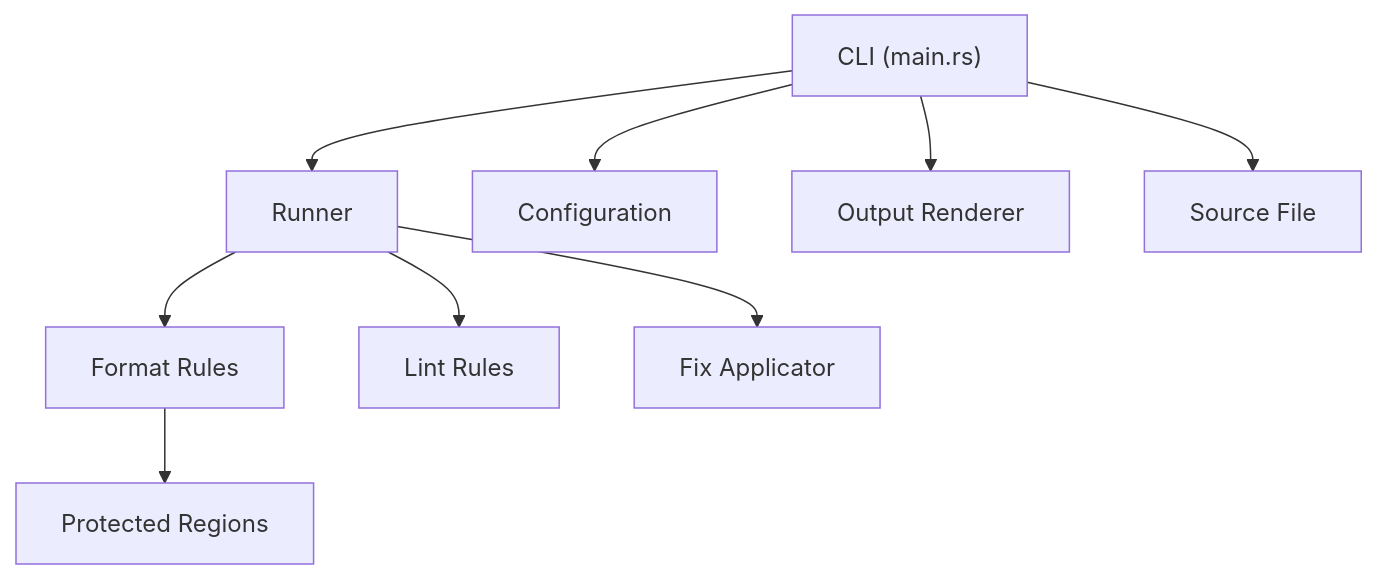
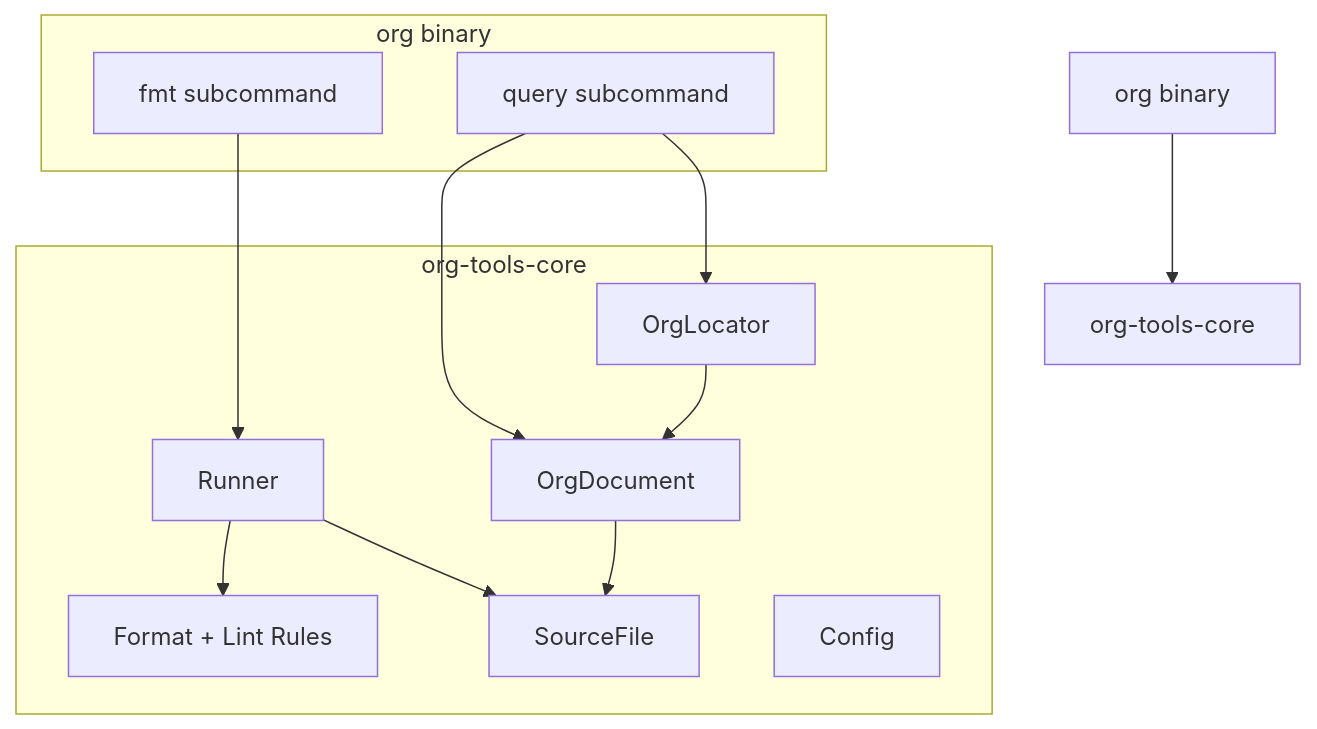
The second of 4 diagrams in docs/technical/architecture.org (lino/org-tools), drawn with Mermaid before and after one commit. The commit also changed other lines of this file and 1 other file, not shown here.

First line of the commit message:
docs: update architecture for workspace structure and new modules

```diff
--- a/docs/technical/architecture.org
+++ b/docs/technical/architecture.org
@@ -114,11 +125,23 @@
 #+begin_src mermaid :file building-blocks-l1.png
 graph TD
-    CLI["CLI (main.rs)"] --> Runner
-    Runner --> FormatRules["Format Rules"]
-    Runner --> LintRules["Lint Rules"]
-    Runner --> Formatter["Fix Applicator"]
-    FormatRules --> Regions["Protected Regions"]
-    CLI --> Config["Configuration"]
-    CLI --> Output["Output Renderer"]
-    CLI --> Source["Source File"]
+    OrgBin["org binary"] --> Core["org-tools-core"]
+    subgraph "org binary"
+        FmtCmd["fmt subcommand"]
+        QueryCmd["query subcommand"]
+    end
+    subgraph "org-tools-core"
+        Runner
+        Document["OrgDocument"]
+        Locator["OrgLocator"]
+        Rules["Format + Lint Rules"]
+        Source["SourceFile"]
+        Config
+    end
+    FmtCmd --> Runner
+    QueryCmd --> Document
+    QueryCmd --> Locator
+    Runner --> Rules
+    Runner --> Source
+    Document --> Source
+    Locator --> Document
 #+end_src
```
